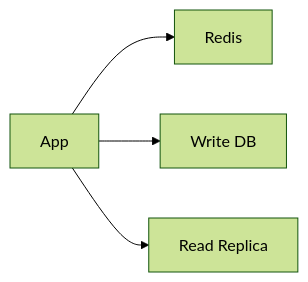
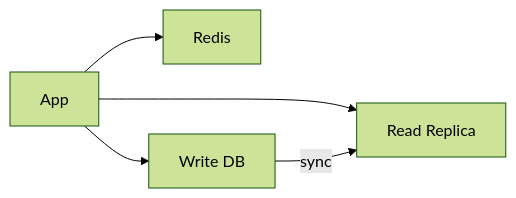
Before and after one commit to a-random-detail/transaction-service: the diagram in README.md, drawn with Mermaid (forest theme).

Commit message:
000 - add arrow showing that the write db (in production) should update the read replicas

````diff
--- a/README.md
+++ b/README.md
@@ -41,6 +41,7 @@
   ```mermaid
   graph LR
       App --> Redis
       App --> WriteDB[Write DB]
       App --> ReadReplica[Read Replica]
+      WriteDB -->|sync| ReadReplica
   ```
````
